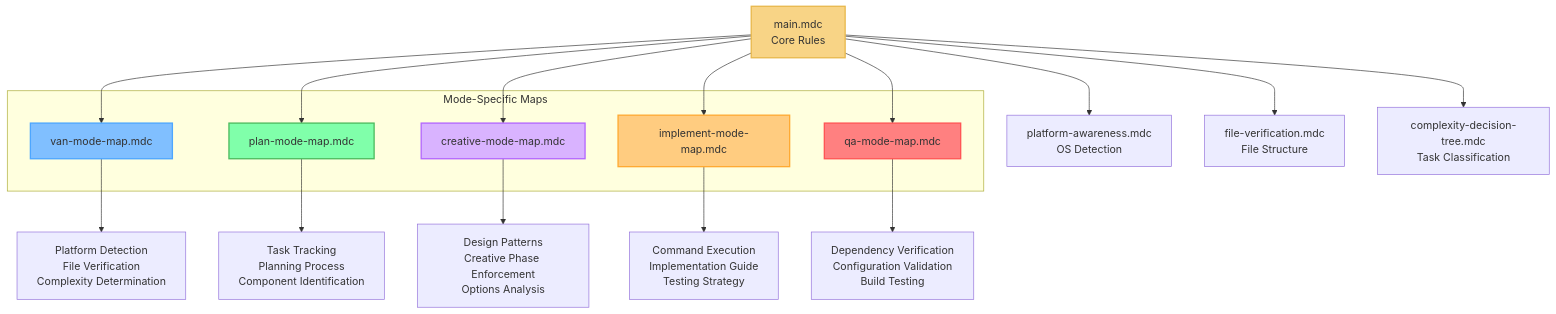
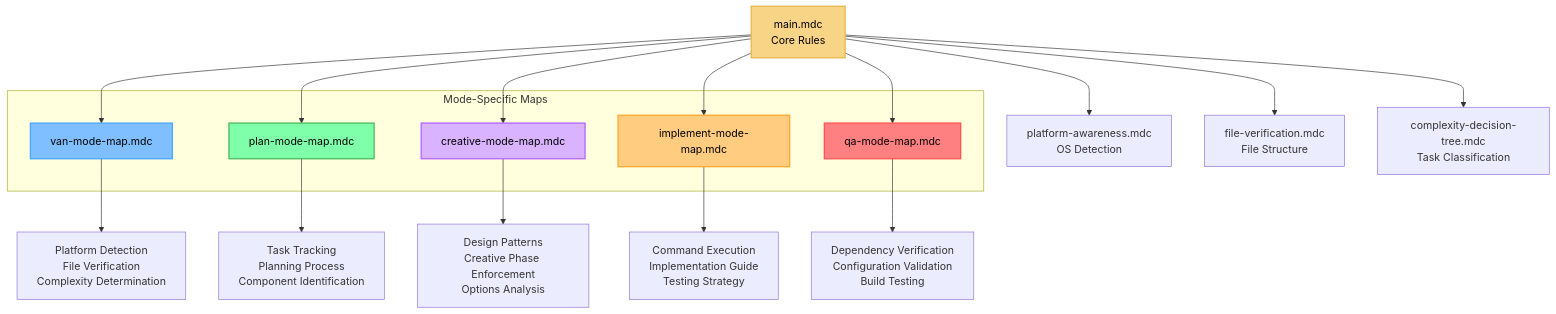
Before and after one commit to ac484/ng-ac: the seventh of 11 diagrams in memory_bank_upgrade_guide.md, drawn with Mermaid. The commit also changed other lines of this file and 18 other files, not shown here.

````diff
--- a/memory_bank_upgrade_guide.md
+++ b/memory_bank_upgrade_guide.md
@@ -338,29 +338,29 @@
 ```mermaid
 graph TD
     Main["main.mdc<br>Core Rules"] --> Platform["platform-awareness.mdc<br>OS Detection"]
     Main --> FileV["file-verification.mdc<br>File Structure"]
     Main --> ComplexityDT["complexity-decision-tree.mdc<br>Task Classification"]
     
     subgraph "Mode-Specific Maps"
         VanMap["van-mode-map.mdc"]
         PlanMap["plan-mode-map.mdc"]
         CreativeMap["creative-mode-map.mdc"]
         ImplementMap["implement-mode-map.mdc"]
         QAMap["qa-mode-map.mdc"]
     end
     
     Main --> VanMap & PlanMap & CreativeMap & ImplementMap & QAMap
     
     VanMap --> VanFiles["Platform Detection<br>File Verification<br>Complexity Determination"]
     PlanMap --> PlanFiles["Task Tracking<br>Planning Process<br>Component Identification"]
     CreativeMap --> CreativeFiles["Design Patterns<br>Creative Phase Enforcement<br>Options Analysis"]
     ImplementMap --> ImplementFiles["Command Execution<br>Implementation Guide<br>Testing Strategy"]
     QAMap --> QAFiles["Dependency Verification<br>Configuration Validation<br>Build Testing"]
     
-    style Main fill:#f8d486,stroke:#e8b84d,stroke-width:2px
-    style VanMap fill:#80bfff,stroke:#4da6ff,stroke-width:2px
-    style PlanMap fill:#80ffaa,stroke:#4dbb5f,stroke-width:2px
-    style CreativeMap fill:#d9b3ff,stroke:#b366ff,stroke-width:2px
-    style ImplementMap fill:#ffcc80,stroke:#ffaa33,stroke-width:2px
-    style QAMap fill:#ff8080,stroke:#ff5555,stroke-width:2px
+    style Main fill:#f8d486,stroke:#e8b84d,stroke-width:2px,color:black
+    style VanMap fill:#80bfff,stroke:#4da6ff,stroke-width:2px,color:black
+    style PlanMap fill:#80ffaa,stroke:#4dbb5f,stroke-width:2px,color:black
+    style CreativeMap fill:#d9b3ff,stroke:#b366ff,stroke-width:2px,color:black
+    style ImplementMap fill:#ffcc80,stroke:#ffaa33,stroke-width:2px,color:black
+    style QAMap fill:#ff8080,stroke:#ff5555,stroke-width:2px,color:black
 ```
````
